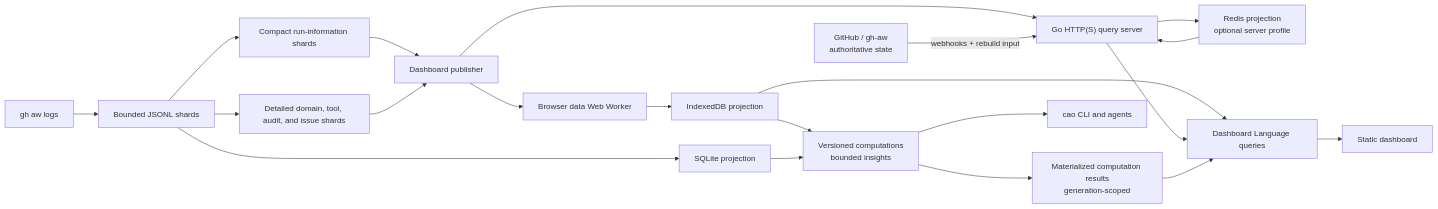
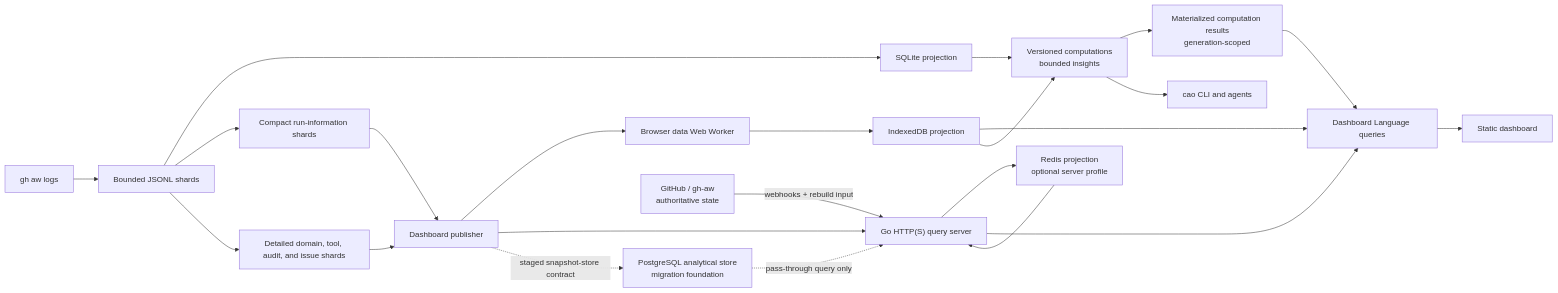
The second of 2 diagrams in ARCHITECTURE.md (githubnext/gh-aw-cao), drawn with Mermaid before and after one commit. The commit also changed other lines of this file and 11 other files, not shown here.

Commit message:
Add PostgreSQL snapshot storage foundation

````diff
--- a/ARCHITECTURE.md
+++ b/ARCHITECTURE.md
@@ -70,35 +70,38 @@
 ```mermaid
 flowchart LR
     Logs["gh aw logs"]
     Shards["Bounded JSONL shards"]
     Runs["Compact run-information shards"]
     Records["Detailed domain, tool, audit, and issue shards"]
     SQLite["SQLite projection"]
     Publisher["Dashboard publisher"]
     Worker["Browser data Web Worker"]
     IndexedDB["IndexedDB projection"]
     Redis["Redis projection<br/>optional server profile"]
+    PostgreSQL["PostgreSQL analytical store<br/>migration foundation"]
     Query["Dashboard Language queries"]
     GoServer["Go HTTP(S) query server"]
     GitHub["GitHub / gh-aw<br/>authoritative state"]
     Compute["Versioned computations<br/>bounded insights"]
     Results["Materialized computation results<br/>generation-scoped"]
     UI["Static dashboard"]
     CLI["cao CLI and agents"]
 
     Logs --> Shards
     Shards --> SQLite
     Shards --> Runs
     Shards --> Records
     Runs --> Publisher
     Records --> Publisher --> Worker
     Worker --> IndexedDB
     IndexedDB --> Query
     Publisher --> GoServer --> Redis
+    Publisher -.->|"staged snapshot-store contract"| PostgreSQL
+    PostgreSQL -.->|"pass-through query only"| GoServer
     GitHub -->|"webhooks + rebuild input"| GoServer
     Redis --> GoServer --> Query
     IndexedDB --> Compute --> Results --> Query
     SQLite --> Compute
     Query --> UI
     Compute --> CLI
 ```
````
